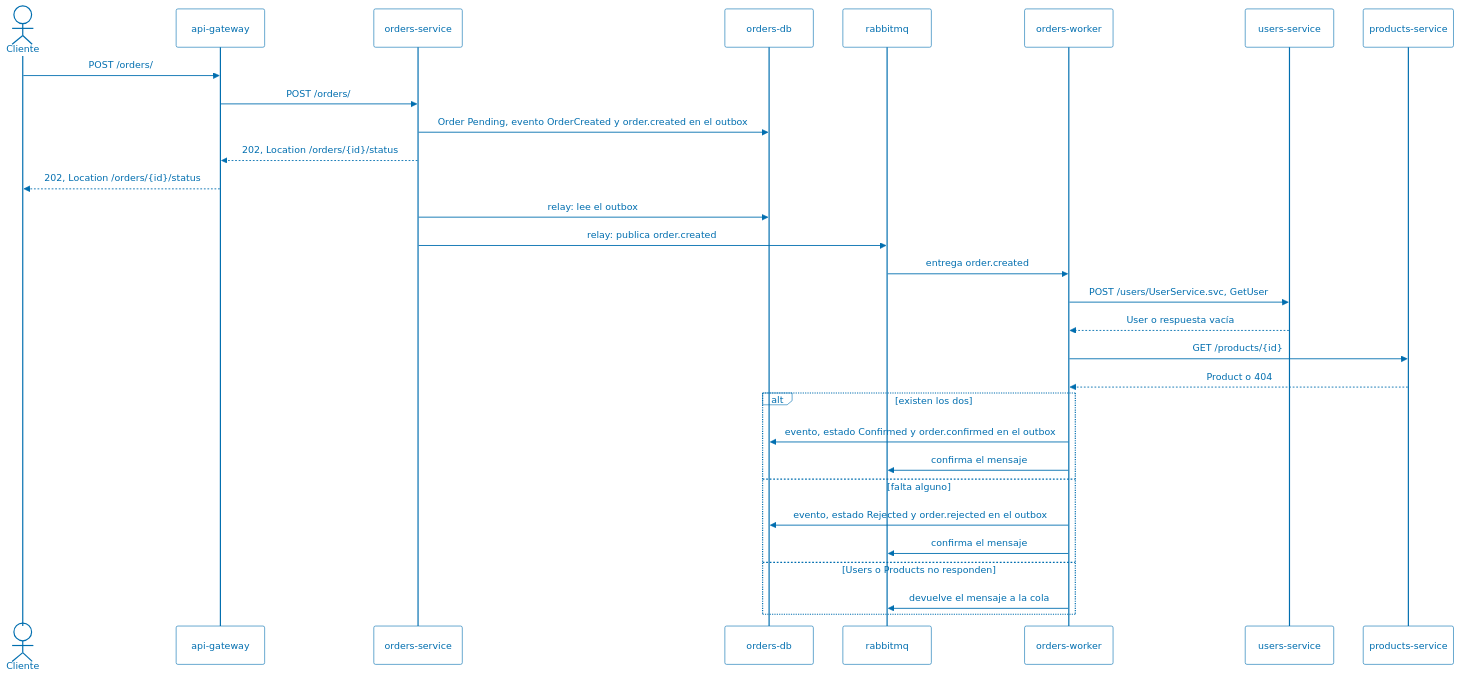
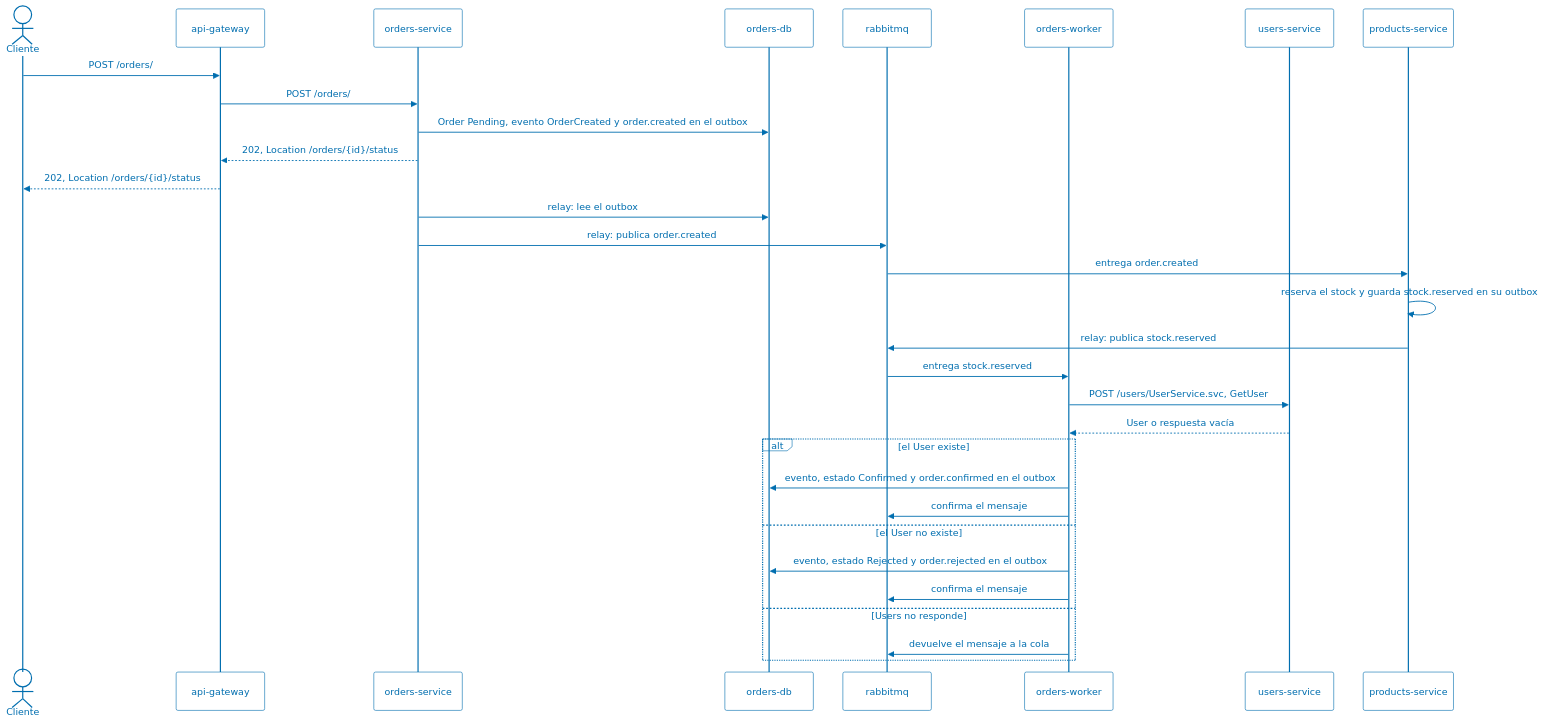
Before and after one commit to ucudal/ANDIS2_UT4_DEMO1: the second of 4 diagrams in ARCHITECTURE.md, drawn with Mermaid. The commit also changed other lines of this file and 57 other files, not shown here.

````diff
--- a/ARCHITECTURE.md
+++ b/ARCHITECTURE.md
@@ -172,65 +177,66 @@
 ```mermaid
 ---
 config:
   theme: base
   themeVariables:
     fontSize: 14px
     background: transparent
     mainBkg: transparent
     secondaryColor: transparent
     tertiaryColor: transparent
     clusterBkg: transparent
     clusterBorder: '#006EAF'
     edgeLabelBackground: transparent
     primaryTextColor: '#006EAF'
     primaryBorderColor: '#006EAF'
     nodeBorder: '#006EAF'
     textColor: '#006EAF'
     titleColor: '#006EAF'
     lineColor: '#006EAF'
     actorBkg: transparent
     actorBorder: '#006EAF'
     actorTextColor: '#006EAF'
     actorLineColor: '#006EAF'
     signalColor: '#006EAF'
     signalTextColor: '#006EAF'
     labelBoxBkgColor: transparent
     labelBoxBorderColor: '#006EAF'
     labelTextColor: '#006EAF'
     loopTextColor: '#006EAF'
     useGradient: false
     dropShadow: false
 ---
 sequenceDiagram
     actor C as Cliente
     participant GW as api-gateway
     participant O as orders-service
     participant ODB as orders-db
     participant MQ as rabbitmq
     participant W as orders-worker
     participant U as users-service
     participant P as products-service
 
     C->>GW: POST /orders/
     GW->>O: POST /orders/
     O->>ODB: Order Pending, evento OrderCreated y order.created en el outbox
     O-->>GW: 202, Location /orders/{id}/status
     GW-->>C: 202, Location /orders/{id}/status
 
     O->>ODB: relay: lee el outbox
     O->>MQ: relay: publica order.created
-    MQ->>W: entrega order.created
+    MQ->>P: entrega order.created
+    P->>P: reserva el stock y guarda stock.reserved en su outbox
+    P->>MQ: relay: publica stock.reserved
+    MQ->>W: entrega stock.reserved
     W->>U: POST /users/UserService.svc, GetUser
     U-->>W: User o respuesta vacía
-    W->>P: GET /products/{id}
-    P-->>W: Product o 404
-    alt existen los dos
+    alt el User existe
         W->>ODB: evento, estado Confirmed y order.confirmed en el outbox
         W->>MQ: confirma el mensaje
-    else falta alguno
+    else el User no existe
         W->>ODB: evento, estado Rejected y order.rejected en el outbox
         W->>MQ: confirma el mensaje
-    else Users o Products no responden
+    else Users no responde
         W->>MQ: devuelve el mensaje a la cola
     end
 ```
````
